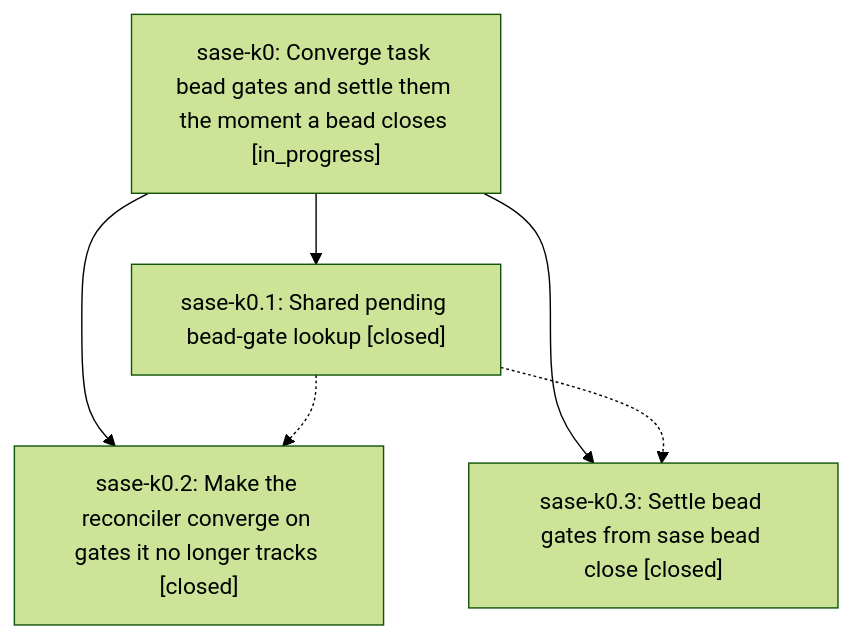
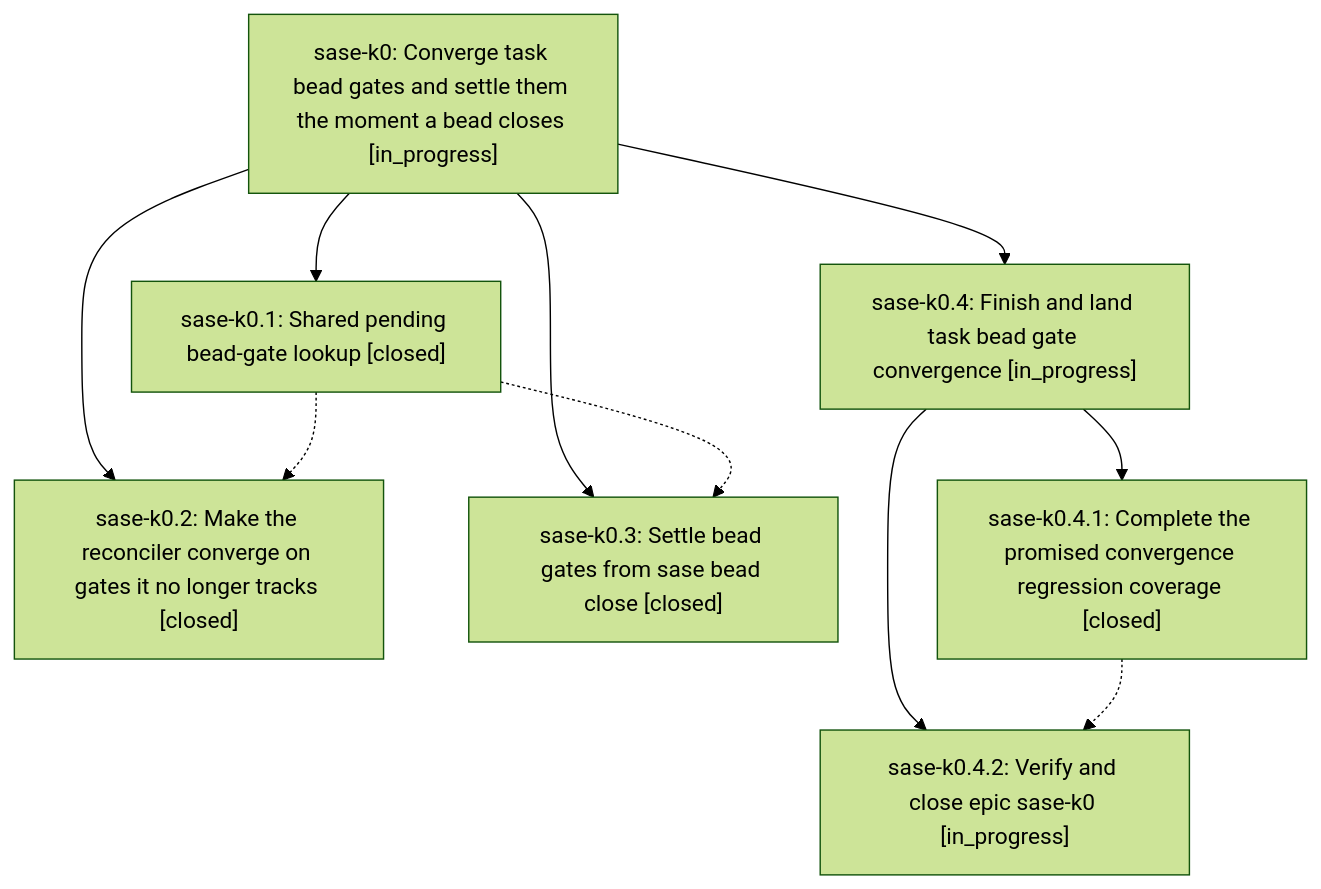
Before and after one commit to sase-org/sase--beads: the diagram in pages/sase-k0/README.md, drawn with Mermaid (forest theme). The commit also changed other lines of this file and 4 other files, not shown here.

First line of the commit message:
chore(beads): sync bead state and pages for sase-k0

````diff
--- a/pages/sase-k0/README.md
+++ b/pages/sase-k0/README.md
@@ -24,12 +24,19 @@
 ```mermaid
 flowchart TD
     n0["sase-k0: Converge task bead gates and settle them the moment a bead closes [in_progress]"]
     n1["sase-k0.1: Shared pending bead-gate lookup [closed]"]
     n2["sase-k0.2: Make the reconciler converge on gates it no longer tracks [closed]"]
     n3["sase-k0.3: Settle bead gates from sase bead close [closed]"]
+    n4["sase-k0.4: Finish and land task bead gate convergence [in_progress]"]
+    n5["sase-k0.4.1: Complete the promised convergence regression coverage [closed]"]
+    n6["sase-k0.4.2: Verify and close epic sase-k0 [in_progress]"]
     n0 --> n1
     n0 --> n2
     n0 --> n3
+    n0 --> n4
+    n4 --> n5
+    n4 --> n6
     n1 -.-> n2
     n1 -.-> n3
+    n5 -.-> n6
 ```
````
